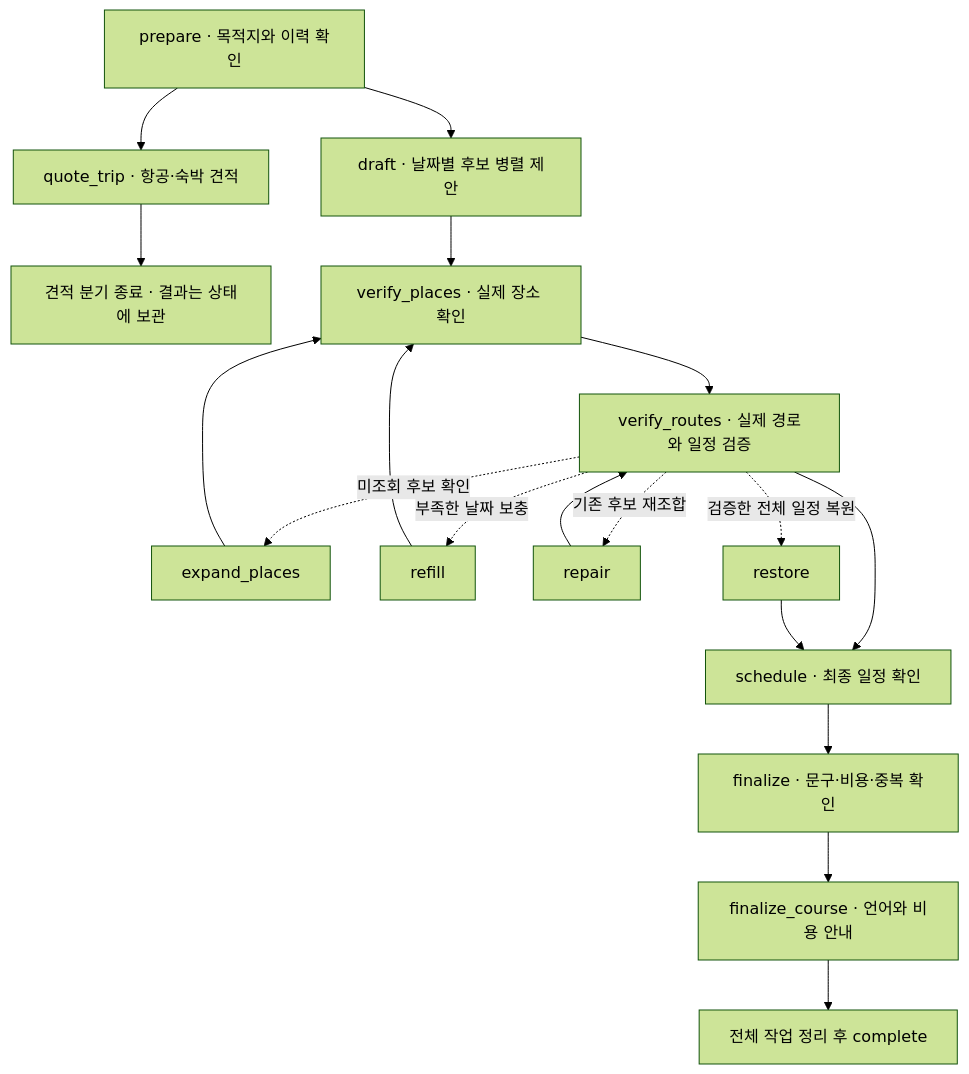
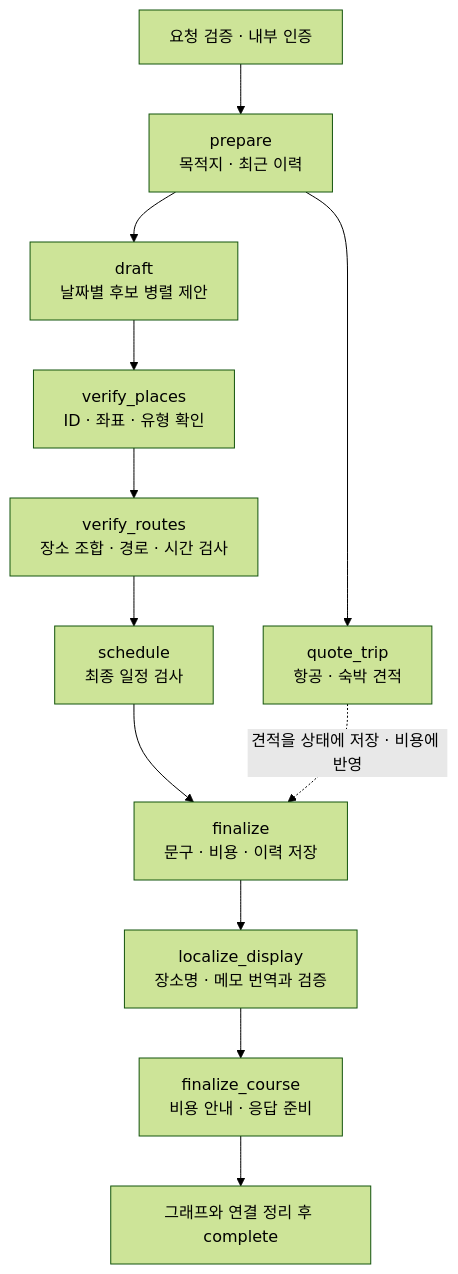
The diagram in domain-specs/DOM-5.md (Software-Maestro-GTA/Yeolo-SPEC), drawn with Mermaid (forest theme) before and after one commit. The commit also changed other lines of this file and 3 other files, not shown here.

````diff
--- a/domain-specs/DOM-5.md
+++ b/domain-specs/DOM-5.md
@@ -45,20 +14,14 @@
 ```mermaid
 flowchart TD
-  A["prepare · 목적지와 이력 확인"] --> B["draft · 날짜별 후보 병렬 제안"]
-  A --> Q["quote_trip · 항공·숙박 견적"]
-  Q --> QE["견적 분기 종료 · 결과는 상태에 보관"]
-  B --> C["verify_places · 실제 장소 확인"]
-  C --> D["verify_routes · 실제 경로와 일정 검증"]
-  D --> E["schedule · 최종 일정 확인"]
-  E --> F["finalize · 문구·비용·중복 확인"]
-  F --> G["finalize_course · 언어와 비용 안내"]
-  G --> H["전체 작업 정리 후 complete"]
-  D -. "미조회 후보 확인" .-> X["expand_places"]
-  X --> C
-  D -. "부족한 날짜 보충" .-> R["refill"]
-  R --> C
-  D -. "기존 후보 재조합" .-> P["repair"]
-  P --> D
-  D -. "검증한 전체 일정 복원" .-> S["restore"]
-  S --> E
+  IN["요청 검증 · 내부 인증"] --> P["prepare<br>목적지 · 최근 이력"]
+  P --> D["draft<br>날짜별 후보 병렬 제안"]
+  P --> Q["quote_trip<br>항공 · 숙박 견적"]
+  D --> V["verify_places<br>ID · 좌표 · 유형 확인"]
+  V --> R["verify_routes<br>장소 조합 · 경로 · 시간 검사"]
+  R --> S["schedule<br>최종 일정 검사"]
+  S --> F["finalize<br>문구 · 비용 · 이력 저장"]
+  Q -. "견적을 상태에 저장 · 비용에 반영" .-> F
+  F --> L["localize_display<br>장소명 · 메모 번역과 검증"]
+  L --> C["finalize_course<br>비용 안내 · 응답 준비"]
+  C --> END["그래프와 연결 정리 후 complete"]
 ```
````
